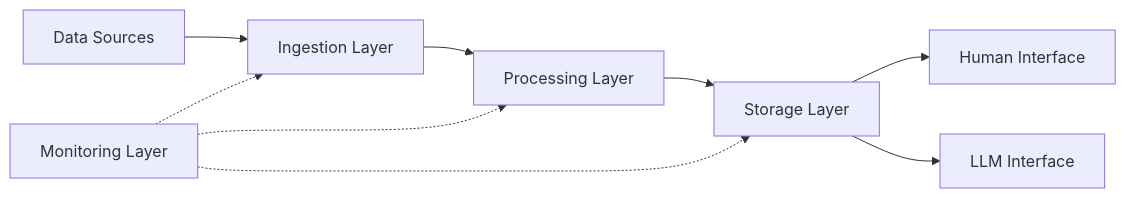
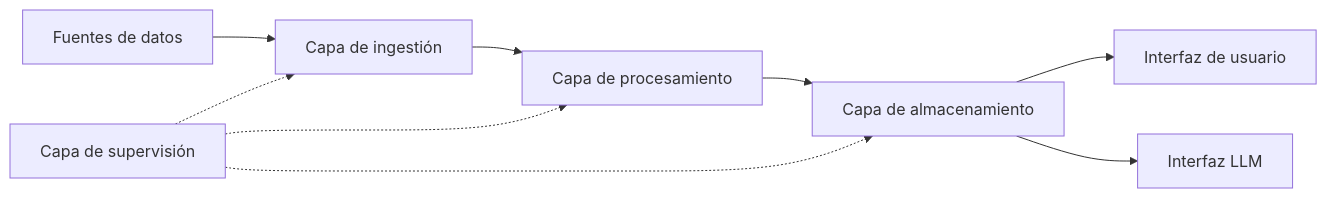
The second of 2 diagrams in src/data/pages/es/markdown.md (kafkiano/astrowind-i18n), drawn with Mermaid before and after one commit. The commit also changed other lines of this file and 23 other files, not shown here.

````diff
--- a/src/data/pages/es/markdown.md
+++ b/src/data/pages/es/markdown.md
@@ -449,11 +449,11 @@
 ```mermaid
 flowchart LR
-    A[Data Sources] --> B[Ingestion Layer]
-    B --> C[Processing Layer]
-    C --> D[Storage Layer]
-    D --> E[Human Interface]
-    D --> F[LLM Interface]
-    G[Monitoring Layer] -.-> B
+    A[Fuentes de datos] --> B[Capa de ingestión]
+    B --> C[Capa de procesamiento]
+    C --> D[Capa de almacenamiento]
+    D --> E[Interfaz de usuario]
+    D --> F[Interfaz LLM]
+    G[Capa de supervisión] -.-> B
     G -.-> C
     G -.-> D
 ```
````
